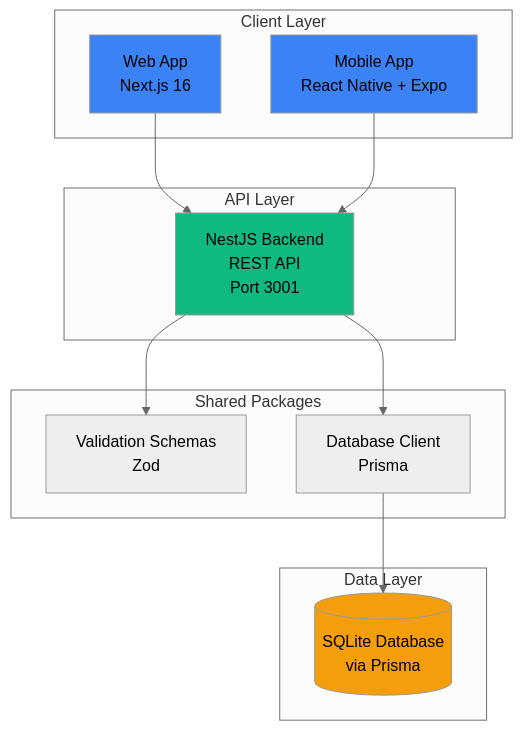
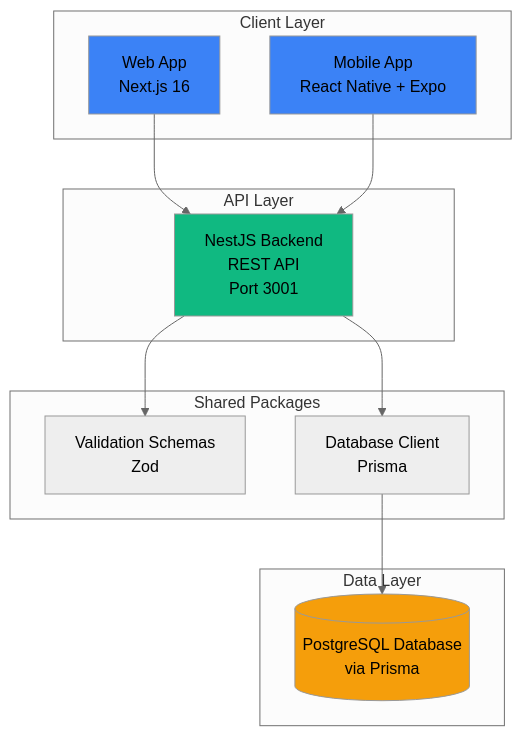
Before and after one commit to arr-naung/ngama: the first of 5 diagrams in documentation/ARCHITECTURE.md, drawn with Mermaid (neutral theme). The commit also changed other lines of this file and 14 other files, not shown here.

````diff
--- a/documentation/ARCHITECTURE.md
+++ b/documentation/ARCHITECTURE.md
@@ -7,31 +7,31 @@
 ```mermaid
 graph TB
     subgraph "Client Layer"
         WEB[Web App<br/>Next.js 16]
         MOBILE[Mobile App<br/>React Native + Expo]
     end
     
     subgraph "API Layer"
         API[NestJS Backend<br/>REST API<br/>Port 3001]
     end
     
     subgraph "Data Layer"
-        DB[(SQLite Database<br/>via Prisma)]
+        DB[(PostgreSQL Database<br/>via Prisma)]
     end
     
     subgraph "Shared Packages"
         SCHEMA[Validation Schemas<br/>Zod]
         DBPKG[Database Client<br/>Prisma]
     end
     
     WEB --> API
     MOBILE --> API
     API --> DBPKG
     API --> SCHEMA
     DBPKG --> DB
     
     style WEB fill:#3b82f6
     style MOBILE fill:#3b82f6
     style API fill:#10b981
     style DB fill:#f59e0b
 ```
````
